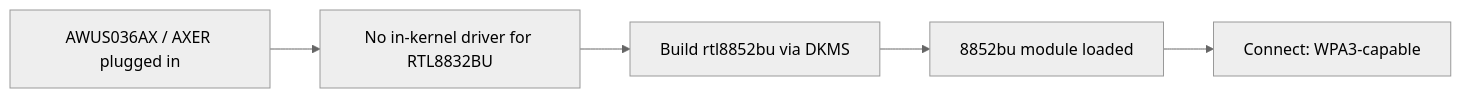
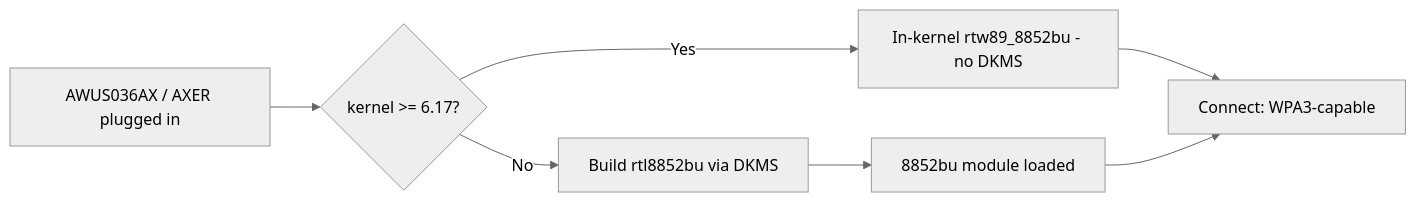
Before and after one commit to yopitek/yupitek-wiki: the diagram in i18n/zh-TW/docusaurus-plugin-content-docs/current/01-alfa-network/drivers/rtl8832bu/index.md, drawn with Mermaid (neutral theme). The commit also changed other lines of this file and 108 other files, not shown here.

````diff
--- a/i18n/zh-TW/docusaurus-plugin-content-docs/current/01-alfa-network/drivers/rtl8832bu/index.md
+++ b/i18n/zh-TW/docusaurus-plugin-content-docs/current/01-alfa-network/drivers/rtl8832bu/index.md
@@ -22,7 +52,9 @@
 ```mermaid
 flowchart LR
-    A["AWUS036AX / AXER plugged in"] --> B["No in-kernel driver for RTL8832BU"]
-    B --> C["Build rtl8852bu via DKMS"]
-    C --> D["8852bu module loaded"]
-    D --> E["Connect: WPA3-capable"]
+    A["AWUS036AX / AXER plugged in"] --> B{"kernel >= 6.17?"}
+    B -->|"Yes"| C["In-kernel rtw89_8852bu - no DKMS"]
+    B -->|"No"| D["Build rtl8852bu via DKMS"]
+    D --> E["8852bu module loaded"]
+    C --> F["Connect: WPA3-capable"]
+    E --> F
 ```
````
